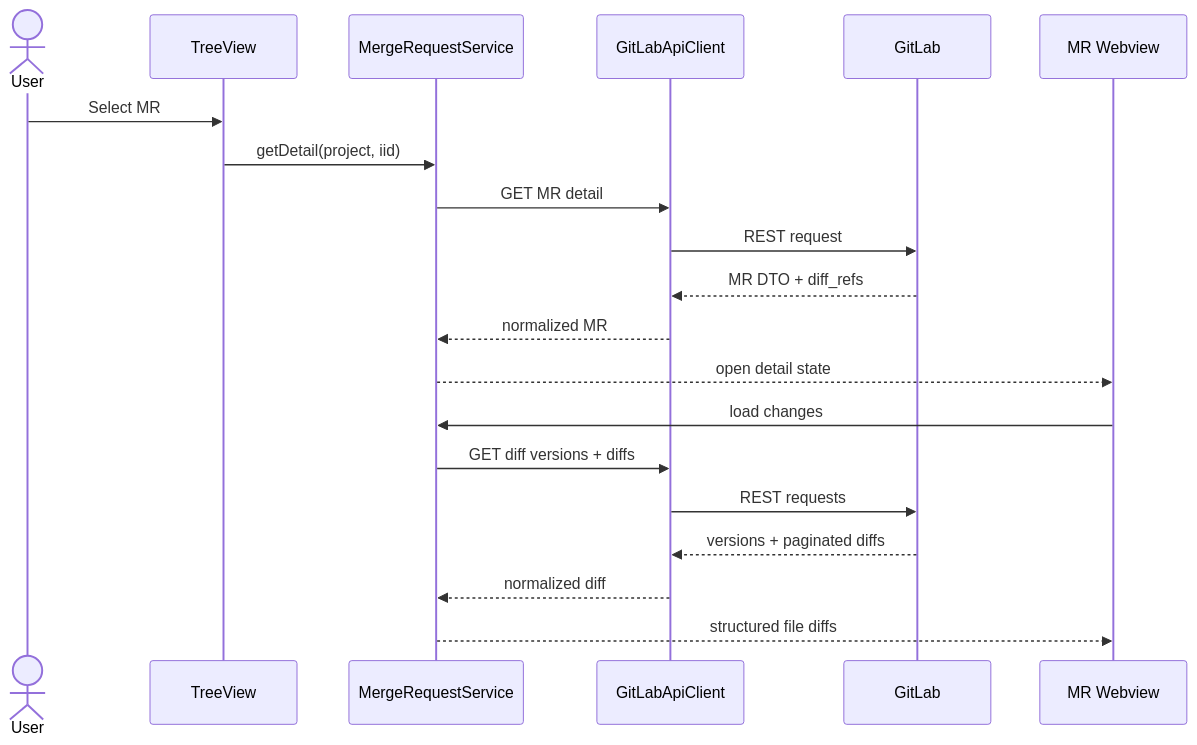
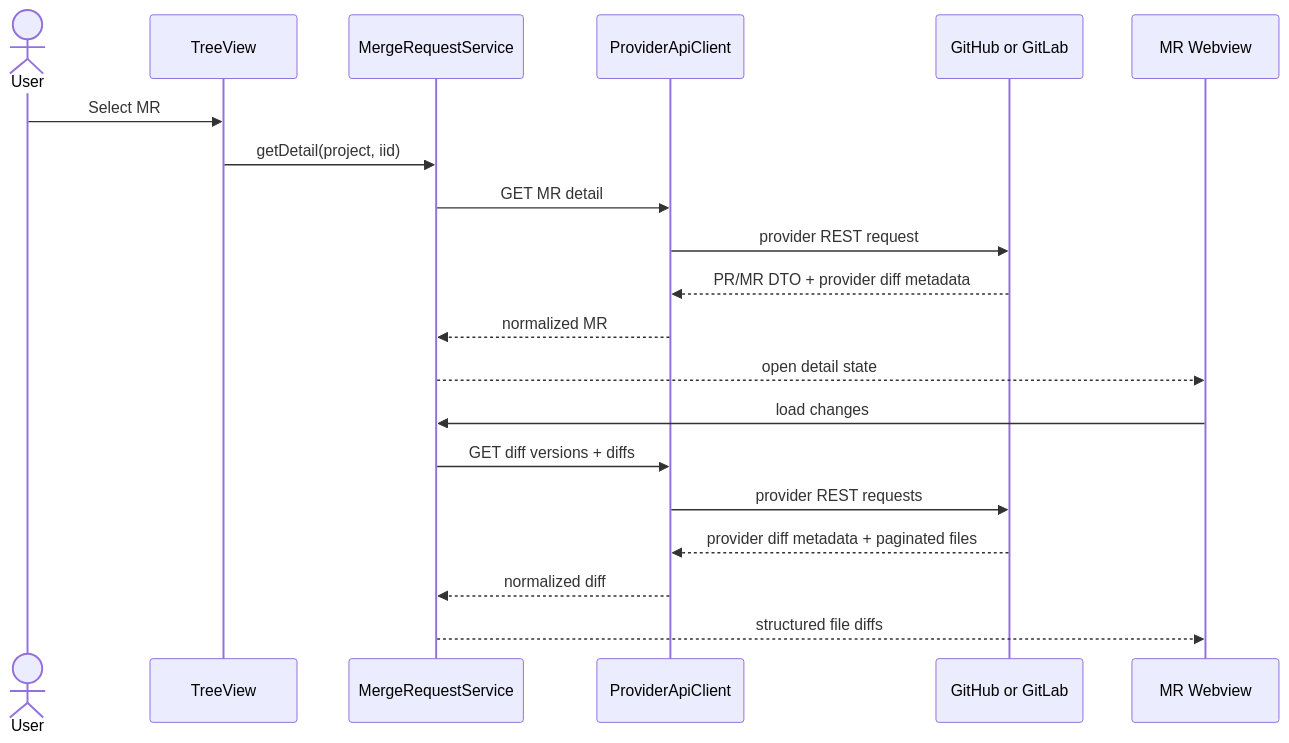
The third of 5 diagrams in docs/SDS.md (minh-lb/vscode-reviewdock), drawn with Mermaid before and after one commit. The commit also changed other lines of this file, not shown here.

Commit message:
docs: make SDS provider-neutral and preserve review semantics

```diff
--- a/docs/SDS.md
+++ b/docs/SDS.md
@@ -436,23 +516,23 @@
 ~~~mermaid
 sequenceDiagram
   actor User
   participant Tree as TreeView
   participant MR as MergeRequestService
-  participant API as GitLabApiClient
-  participant GL as GitLab
+  participant API as ProviderApiClient
+  participant Provider as GitHub or GitLab
   participant Web as MR Webview
 
   User->>Tree: Select MR
   Tree->>MR: getDetail(project, iid)
   MR->>API: GET MR detail
-  API->>GL: REST request
-  GL-->>API: MR DTO + diff_refs
+  API->>Provider: provider REST request
+  Provider-->>API: PR/MR DTO + provider diff metadata
   API-->>MR: normalized MR
   MR-->>Web: open detail state
   Web->>MR: load changes
   MR->>API: GET diff versions + diffs
-  API->>GL: REST requests
-  GL-->>API: versions + paginated diffs
+  API->>Provider: provider REST requests
+  Provider-->>API: provider diff metadata + paginated files
   API-->>MR: normalized diff
   MR-->>Web: structured file diffs
 ~~~
```
